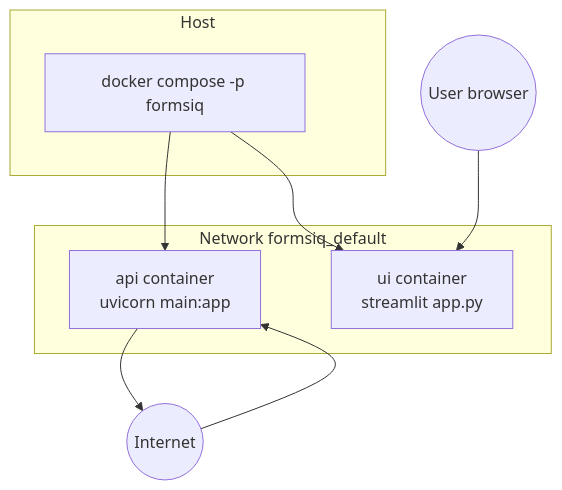
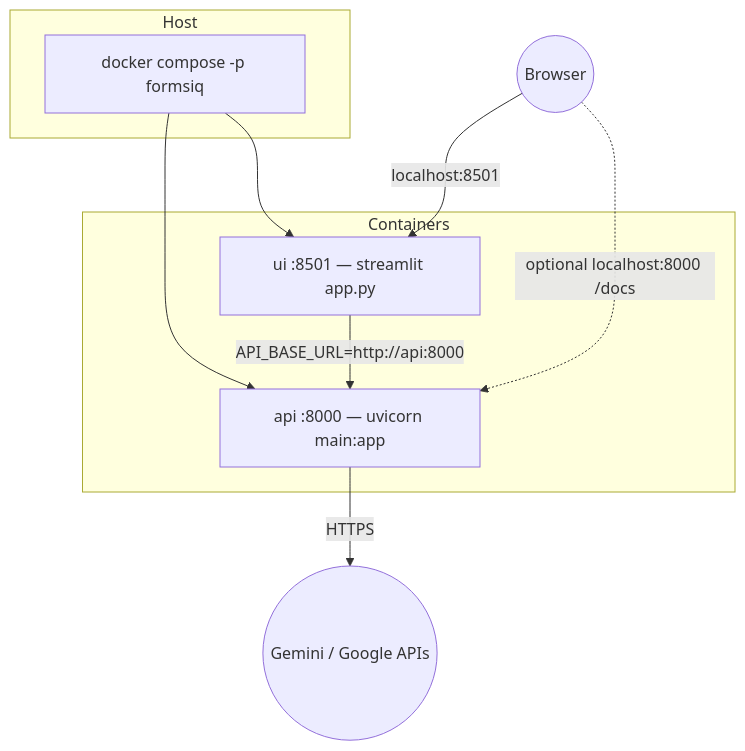
One commit to Vedv7/formsiq-1003-extractor changed the third of 3 diagrams in README.md. Above: the diagram before and after it, drawn with Mermaid. The commit also changed other lines of this file, not shown here.

Commit message:
docs: reduce README to three Mermaid diagrams

````diff
--- a/README.md
+++ b/README.md
@@ -176,15 +121,16 @@
 ```mermaid
 flowchart TB
     subgraph Host
         DC[docker compose -p formsiq]
     end
-    subgraph Network formsiq_default
-        API[api container\nuvicorn main:app]
-        UI[ui container\nstreamlit app.py]
+    subgraph Containers
+        API[api :8000 — uvicorn main:app]
+        UI[ui :8501 — streamlit app.py]
     end
     DC --> API
     DC --> UI
-    Internet((Internet)) --> API
-    Browser((User browser)) --> UI
-    API --> Internet
+    Br((Browser)) -->|localhost:8501| UI
+    Br -.->|optional localhost:8000 /docs| API
+    UI -->|API_BASE_URL=http://api:8000| API
+    API -->|HTTPS| Cloud((Gemini / Google APIs))
 ```
````
